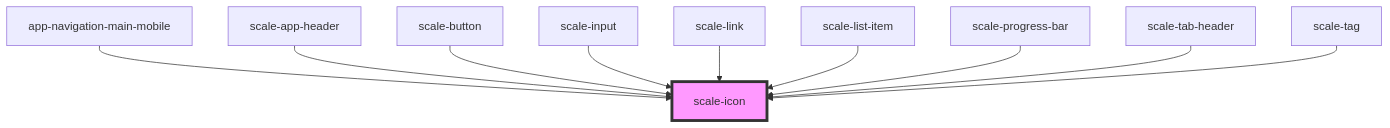
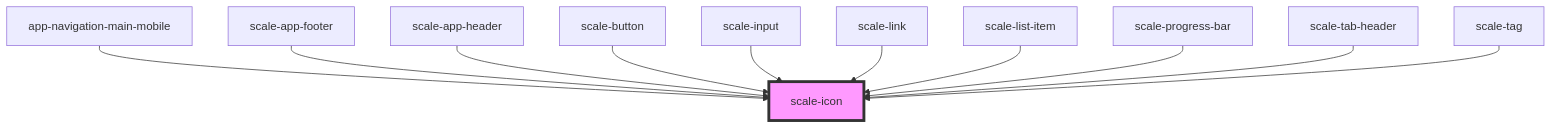
The diagram in packages/components/src/components/icon/readme.md (gaurishkamat/scale), drawn with Mermaid before and after one commit. The commit also changed other lines of this file and 14 other files, not shown here.

````diff
--- a/packages/components/src/components/icon/readme.md
+++ b/packages/components/src/components/icon/readme.md
@@ -37,13 +38,14 @@
 ```mermaid
 graph TD;
   app-navigation-main-mobile --> scale-icon
+  scale-app-footer --> scale-icon
   scale-app-header --> scale-icon
   scale-button --> scale-icon
   scale-input --> scale-icon
   scale-link --> scale-icon
   scale-list-item --> scale-icon
   scale-progress-bar --> scale-icon
   scale-tab-header --> scale-icon
   scale-tag --> scale-icon
   style scale-icon fill:#f9f,stroke:#333,stroke-width:4px
 ```
````
